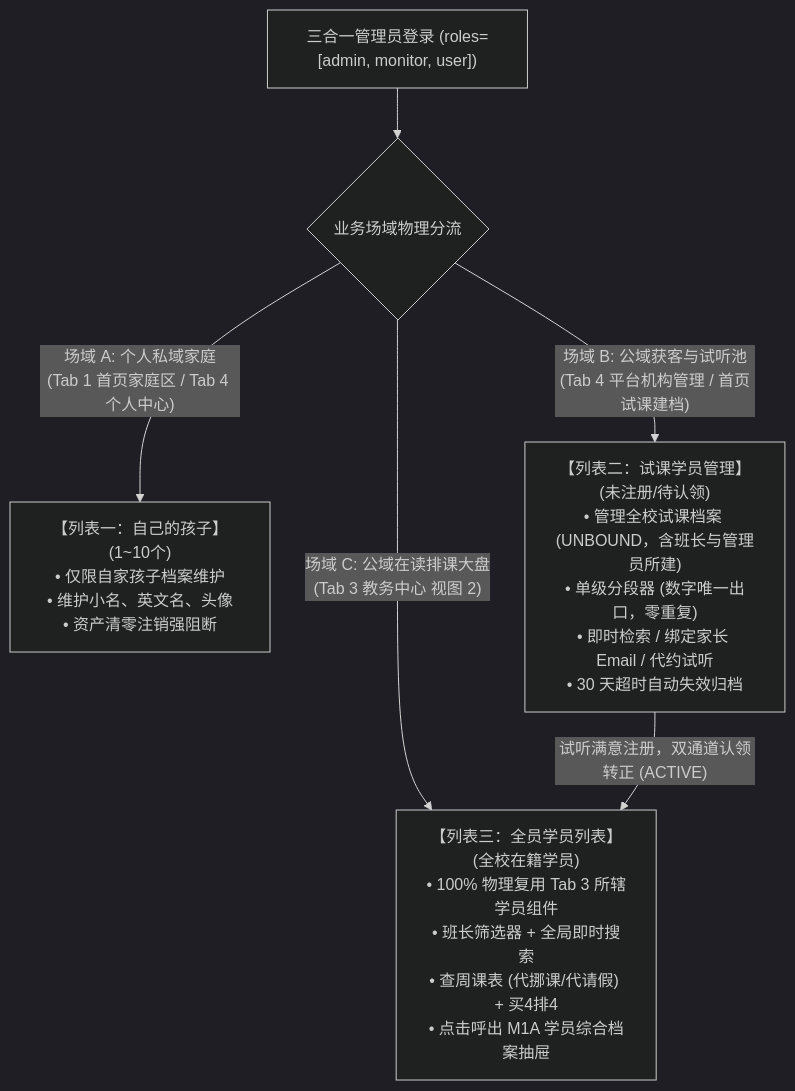
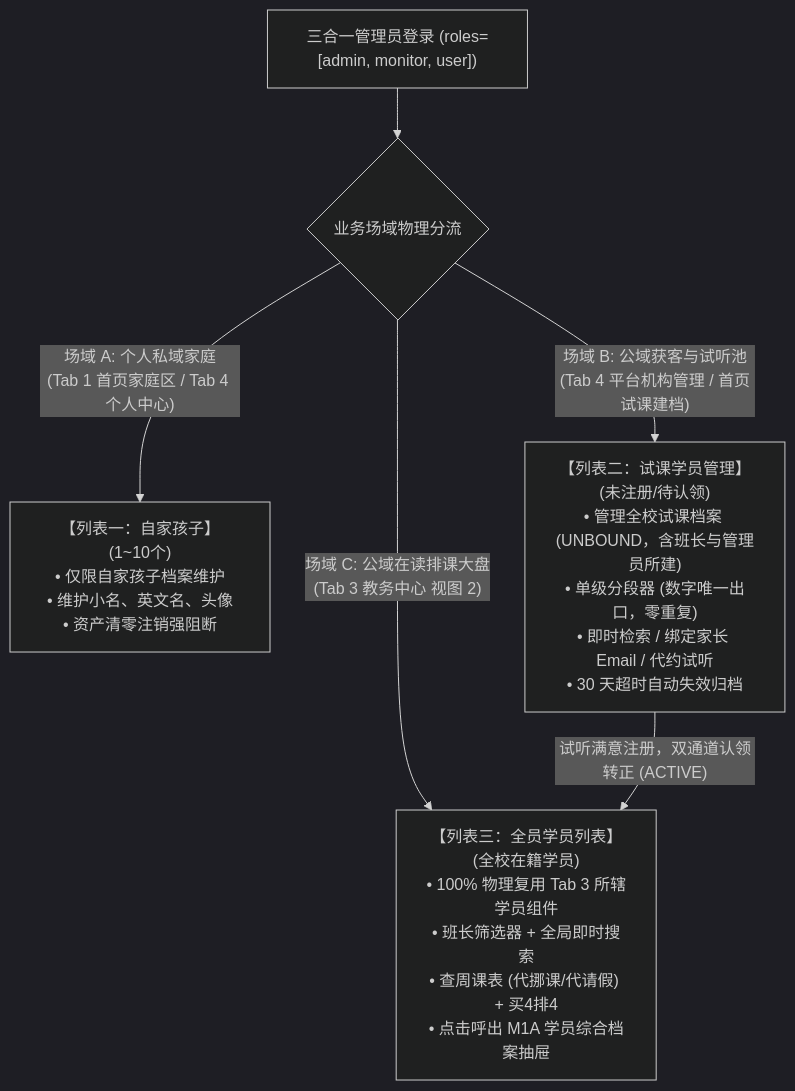
The fifth of 6 diagrams in docs/prd/m1a_student_profile.md (Onezao/dream), drawn with Mermaid (dark theme) before and after one commit. The commit also changed other lines of this file and 27 other files, not shown here.

````diff
--- a/docs/prd/m1a_student_profile.md
+++ b/docs/prd/m1a_student_profile.md
@@ -149,12 +149,12 @@
 ```mermaid
 flowchart TD
     AdminUser["三合一管理员登录 (roles=[admin, monitor, user])"] --> SplitField{"业务场域物理分流"}
     
-    SplitField -->|"场域 A: 个人私域家庭<br/>(Tab 1 首页家庭区 / Tab 4 个人中心)"| L1["【列表一：自己的孩子】(1~10个)<br/>• 仅限自家孩子档案维护<br/>• 维护小名、英文名、头像<br/>• 资产清零注销强阻断"]
+    SplitField -->|"场域 A: 个人私域家庭<br/>(Tab 1 首页家庭区 / Tab 4 个人中心)"| L1["【列表一：自家孩子】(1~10个)<br/>• 仅限自家孩子档案维护<br/>• 维护小名、英文名、头像<br/>• 资产清零注销强阻断"]
     
     SplitField -->|"场域 B: 公域获客与试听池<br/>(Tab 4 平台机构管理 / 首页试课建档)"| L2["【列表二：试课学员管理】(未注册/待认领)<br/>• 管理全校试课档案 (UNBOUND，含班长与管理员所建)<br/>• 单级分段器 (数字唯一出口，零重复)<br/>• 即时检索 / 绑定家长 Email / 代约试听<br/>• 30 天超时自动失效归档"]
     
     SplitField -->|"场域 C: 公域在读排课大盘<br/>(Tab 3 教务中心 视图 2)"| L3["【列表三：全员学员列表】(全校在籍学员)<br/>• 100% 物理复用 Tab 3 所辖学员组件<br/>• 班长筛选器 + 全局即时搜索<br/>• 查周课表 (代挪课/代请假) + 买4排4<br/>• 点击呼出 M1A 学员综合档案抽屉"]
     
     L2 -->|"试听满意注册，双通道认领转正 (ACTIVE)"| L3
 ```
````
